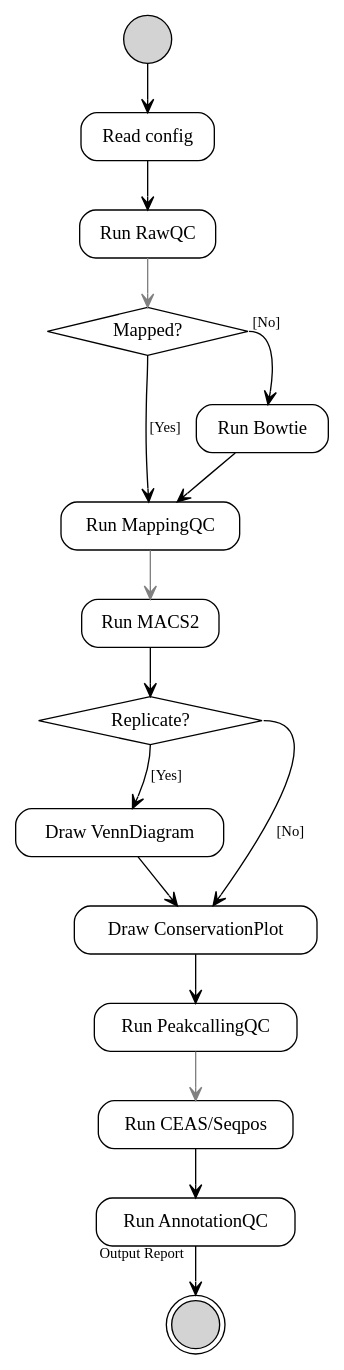
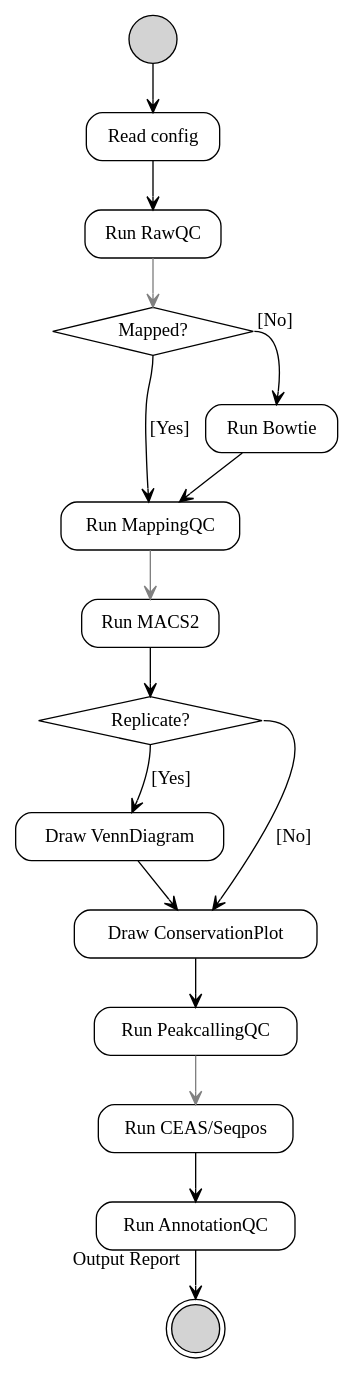
The diagram in docs/data_tool.rst (hanfeisun/ChiLin), drawn with Graphviz before and after one commit.

Commit message:
change the font of edge for better display

```diff
--- a/docs/data_tool.rst
+++ b/docs/data_tool.rst
@@ -119,39 +119,39 @@
 .. digraph:: foo
 
     rankdir=TB
     size="15,15"
-    edge[fontsize="11" arrowhead=open]
+    edge[arrowhead=open]
 
     start[shape=circle, label="", style=filled]
     end[shape=doublecircle, label="", style=filled]
 
     readconf[shape=box,style=rounded, label="Read config"]
     bowtie[shape=box,style=rounded, label="Run Bowtie"]
     rawQC[shape=box,style=rounded, label="Run RawQC"]
     mappingQC[shape=box,style=rounded, label="Run MappingQC"]
     macs2[shape=box,style=rounded, label="Run MACS2"]
     peakcallingQC[shape=box,style=rounded, label="Run PeakcallingQC"]
     ceas_seqpos[shape=box,style=rounded, label="Run CEAS/Seqpos"]
     venn[shape=box,style=rounded, label="Draw VennDiagram"]
     conservation[shape=box,style=rounded, label="Draw ConservationPlot"]
     annotationQC[shape=box,style=rounded, label="Run AnnotationQC"]
 
     
     ifmapped[shape=diamond, label="Mapped?"]
     ifrep[shape=diamond, label="Replicate?"]
     
     start -> readconf
     readconf -> rawQC
     rawQC -> ifmapped[headport=n, color="grey"]
     ifmapped -> mappingQC[label="[Yes]" tailport=s]
     ifmapped -> bowtie[taillabel="[No]" tailport=e]
     bowtie -> mappingQC
     mappingQC -> macs2[color="grey"]
     macs2 -> ifrep
     peakcallingQC -> ceas_seqpos[color="grey"]
     ifrep -> venn[label="[Yes]" tailport=s]
     ifrep -> conservation[label="[No]" tailport=e]
     venn -> conservation
     conservation -> peakcallingQC
     ceas_seqpos -> annotationQC
         annotationQC -> end[taillabel="Output Report"]
```
